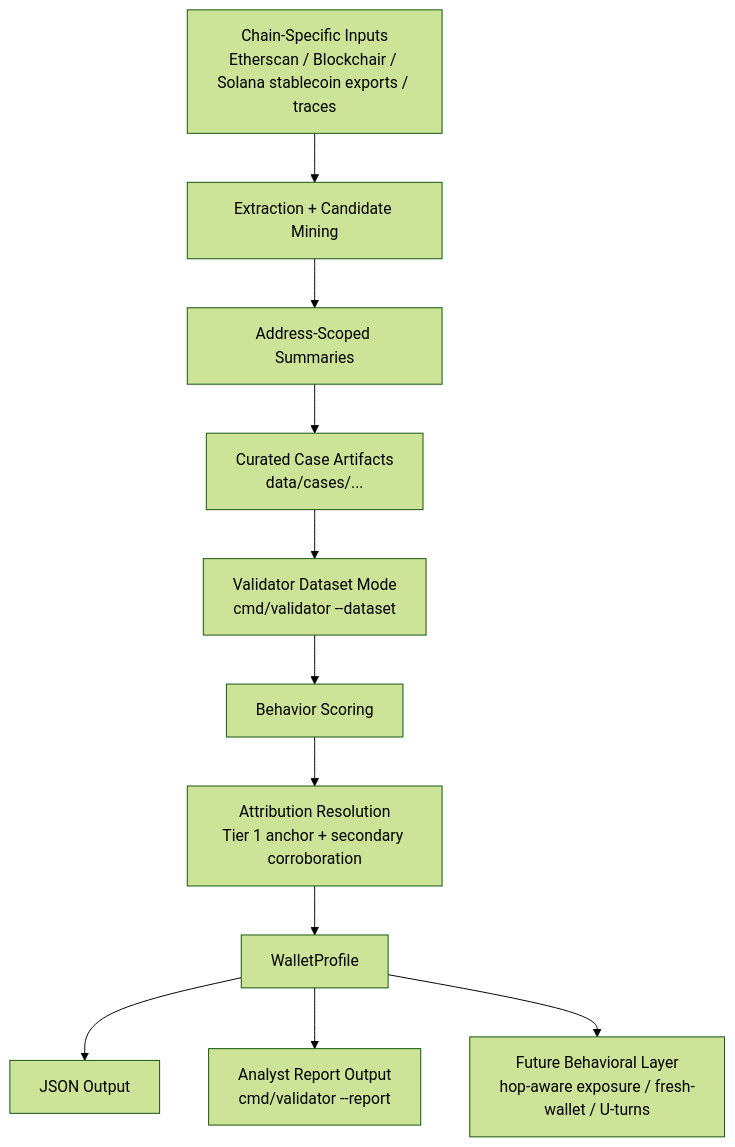
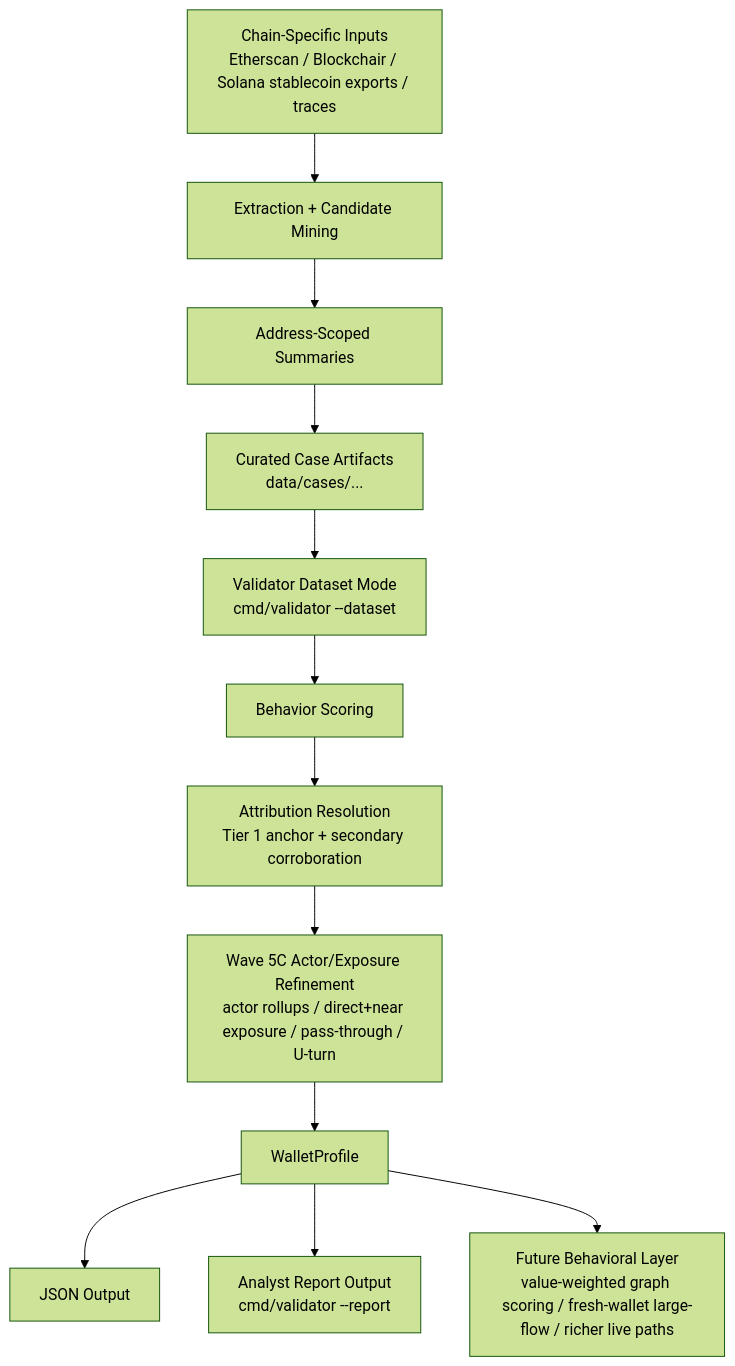
Before and after one commit to piyushdaiya/crypto-profiler: the second of 2 diagrams in ARCHITECTURE.md, drawn with Mermaid (forest theme). The commit also changed other lines of this file and 21 other files, not shown here.

Commit message:
feat: add wave5c actor-aware exposure refinement and report insights

````diff
--- a/ARCHITECTURE.md
+++ b/ARCHITECTURE.md
@@ -142,13 +148,14 @@
 ```mermaid
 flowchart TD
     A["Chain-Specific Inputs<br/>Etherscan / Blockchair / Solana stablecoin exports / traces"] --> B["Extraction + Candidate Mining"]
     B --> C["Address-Scoped Summaries"]
     C --> D["Curated Case Artifacts<br/>data/cases/..."]
     D --> E["Validator Dataset Mode<br/>cmd/validator --dataset"]
     E --> F["Behavior Scoring"]
     F --> G["Attribution Resolution<br/>Tier 1 anchor + secondary corroboration"]
-    G --> H["WalletProfile"]
-    H --> I["JSON Output"]
-    H --> J["Analyst Report Output<br/>cmd/validator --report"]
-    H --> K["Future Behavioral Layer<br/>hop-aware exposure / fresh-wallet / U-turns"]
+    G --> H["Wave 5C Actor/Exposure Refinement<br/>actor rollups / direct+near exposure / pass-through / U-turn"]
+    H --> I["WalletProfile"]
+    I --> J["JSON Output"]
+    I --> K["Analyst Report Output<br/>cmd/validator --report"]
+    I --> L["Future Behavioral Layer<br/>value-weighted graph scoring / fresh-wallet large-flow / richer live paths"]
 ```
````
